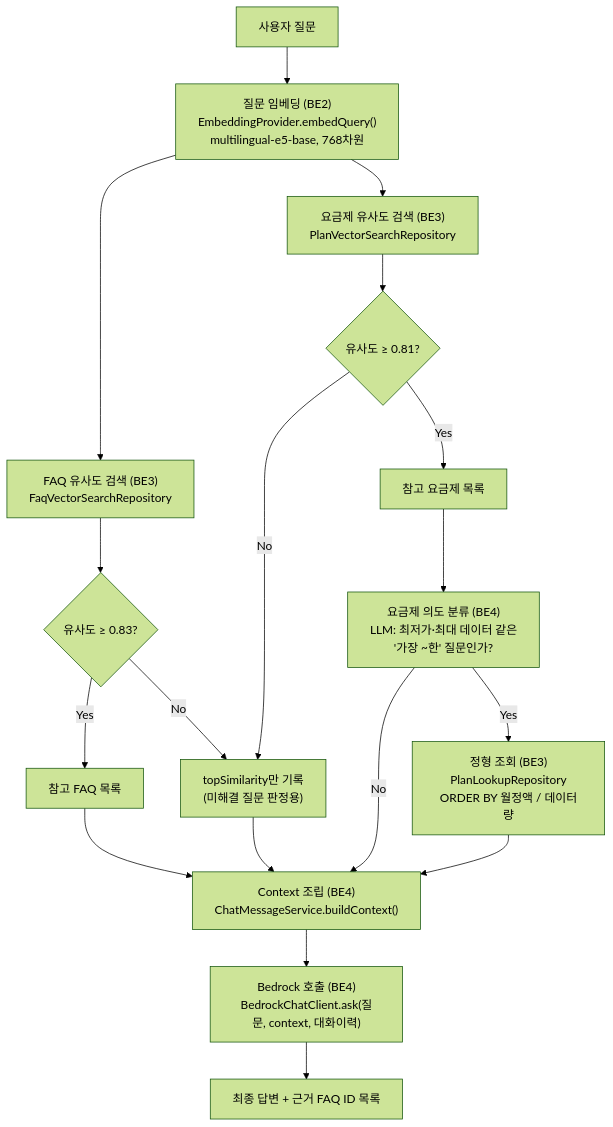
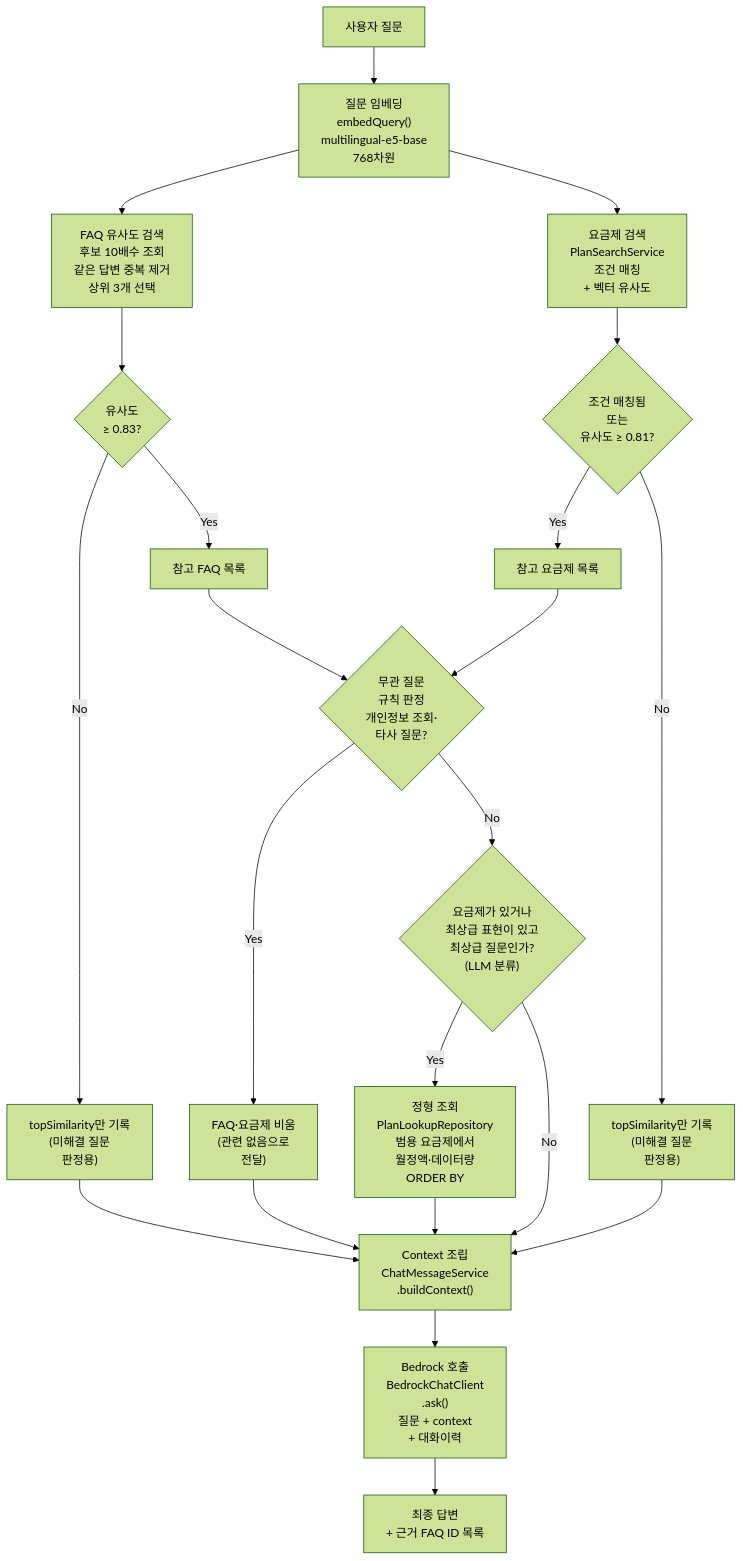
Before and after one commit to VITA-500/Vita-BE: the diagram in README.md, drawn with Mermaid (forest theme). The commit also changed other lines of this file, not shown here.

````diff
--- a/README.md
+++ b/README.md
@@ -217,20 +222,24 @@
 ```mermaid
 flowchart TD
-    A[사용자 질문] --> B["질문 임베딩 (BE2)<br/>EmbeddingProvider.embedQuery()<br/>multilingual-e5-base, 768차원"]
-    B --> C1["FAQ 유사도 검색 (BE3)<br/>FaqVectorSearchRepository"]
-    B --> C2["요금제 유사도 검색 (BE3)<br/>PlanVectorSearchRepository"]
-    C1 --> D1{"유사도 ≥ 0.83?"}
-    C2 --> D2{"유사도 ≥ 0.81?"}
+    A[사용자 질문] --> B["질문 임베딩<br/>embedQuery()<br/>multilingual-e5-base<br/>768차원"]
+    B --> C1["FAQ 유사도 검색<br/>후보 10배수 조회<br/>같은 답변 중복 제거<br/>상위 3개 선택"]
+    B --> C2["요금제 검색<br/>PlanSearchService<br/>조건 매칭<br/>+ 벡터 유사도"]
+    C1 --> D1{"유사도<br/>≥ 0.83?"}
+    C2 --> D2{"조건 매칭됨<br/>또는<br/>유사도 ≥ 0.81?"}
+    D1 -->|No| F1["topSimilarity만 기록<br/>(미해결 질문<br/>판정용)"]
     D1 -->|Yes| E1[참고 FAQ 목록]
-    D1 -->|No| F["topSimilarity만 기록<br/>(미해결 질문 판정용)"]
     D2 -->|Yes| E2[참고 요금제 목록]
-    D2 -->|No| F
-    E1 --> G["Context 조립 (BE4)<br/>ChatMessageService.buildContext()"]
-    F --> G
-    E2 --> X["요금제 의도 분류 (BE4)<br/>LLM: 최저가·최대 데이터 같은<br/>'가장 ~한' 질문인가?"]
-    X -->|Yes| Y["정형 조회 (BE3)<br/>PlanLookupRepository<br/>ORDER BY 월정액 / 데이터량"]
-    X -->|No| G
+    D2 -->|No| F2["topSimilarity만 기록<br/>(미해결 질문<br/>판정용)"]
+    E1 --> R{"무관 질문<br/>규칙 판정<br/>개인정보 조회·<br/>타사 질문?"}
+    E2 --> R
+    R -->|Yes| Z["FAQ·요금제 비움<br/>(관련 없음으로<br/>전달)"]
+    R -->|No| X{"요금제가 있거나<br/>최상급 표현이 있고<br/>최상급 질문인가?<br/>(LLM 분류)"}
+    X -->|Yes| Y["정형 조회<br/>PlanLookupRepository<br/>범용 요금제에서<br/>월정액·데이터량<br/>ORDER BY"]
+    X -->|No| G["Context 조립<br/>ChatMessageService<br/>.buildContext()"]
     Y --> G
-    G --> H["Bedrock 호출 (BE4)<br/>BedrockChatClient.ask(질문, context, 대화이력)"]
-    H --> I[최종 답변 + 근거 FAQ ID 목록]
+    Z --> G
+    F1 --> G
+    F2 --> G
+    G --> H["Bedrock 호출<br/>BedrockChatClient<br/>.ask()<br/>질문 + context<br/>+ 대화이력"]
+    H --> I["최종 답변<br/>+ 근거 FAQ ID 목록"]
 ```
````
